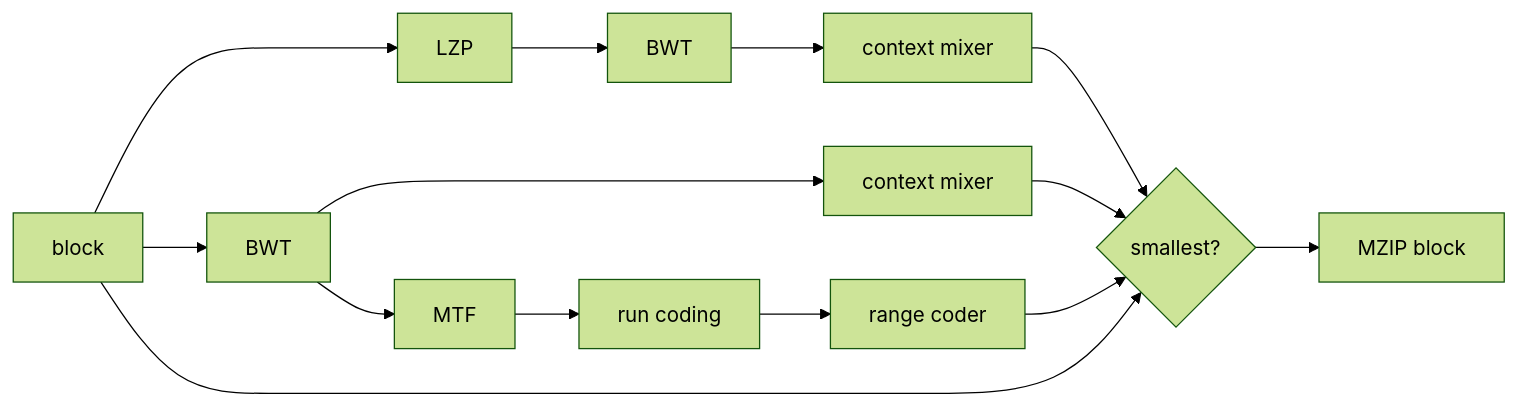
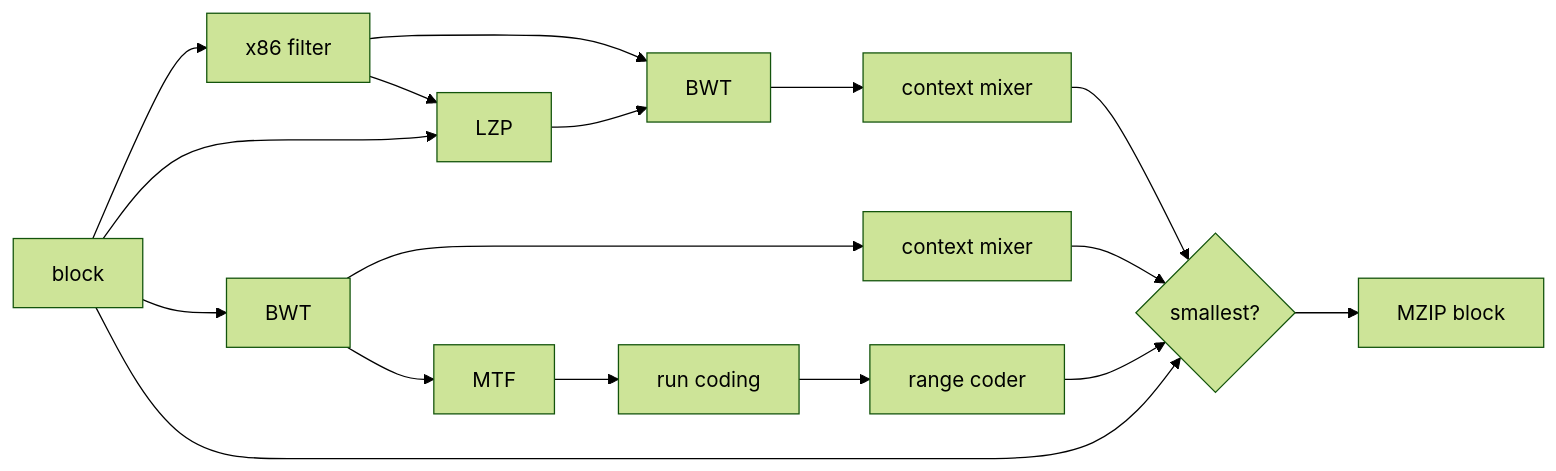
The diagram in ALGORITHM.md (muhohum/mzip), drawn with Mermaid (forest theme) before and after one commit. The commit also changed other lines of this file and 10 other files, not shown here.

````diff
--- a/ALGORITHM.md
+++ b/ALGORITHM.md
@@ -18,10 +18,12 @@
 ```mermaid
 flowchart LR
-    A[block] --> L[LZP]
+    A[block] --> X[x86 filter] --> L
+    A --> L[LZP]
+    X --> B2
     L --> B2[BWT] --> M2[context mixer] --> F
     A --> B1[BWT]
     B1 --> M1[context mixer] --> F
     B1 --> C[MTF] --> D[run coding] --> E[range coder] --> F
     A --> F{smallest?}
     F --> G[MZIP block]
 ```
````
